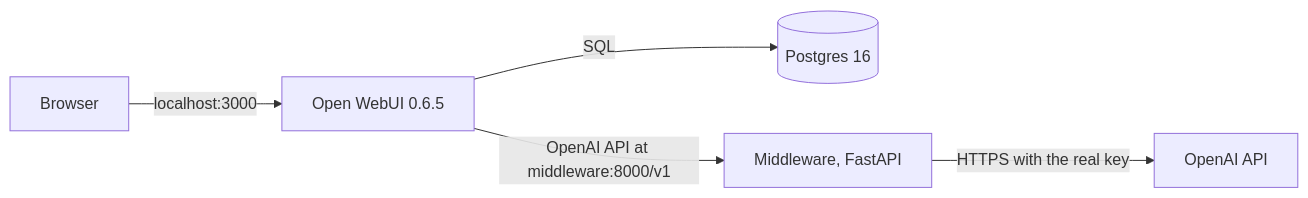
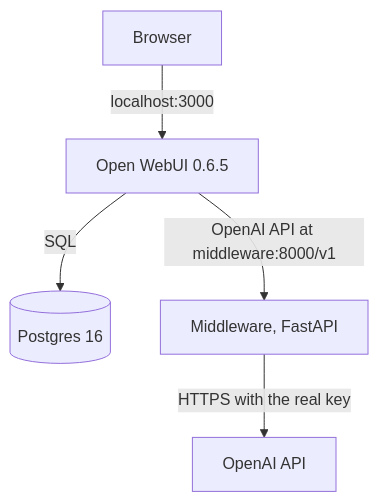
Before and after one commit to isarinio22/open-webui-prompt-middleware: the diagram in README.md, drawn with Mermaid. The commit also changed other lines of this file, not shown here.

Commit message:
README: vertical architecture diagram, list schemas.py

````diff
--- a/README.md
+++ b/README.md
@@ -9,7 +9,7 @@
 ```mermaid
-flowchart LR
+flowchart TD
     browser[Browser] -->|localhost:3000| owui[Open WebUI 0.6.5]
     owui -->|SQL| db[(Postgres 16)]
     owui -->|OpenAI API at middleware:8000/v1| mw[Middleware, FastAPI]
     mw -->|HTTPS with the real key| openai[OpenAI API]
 ```
````
